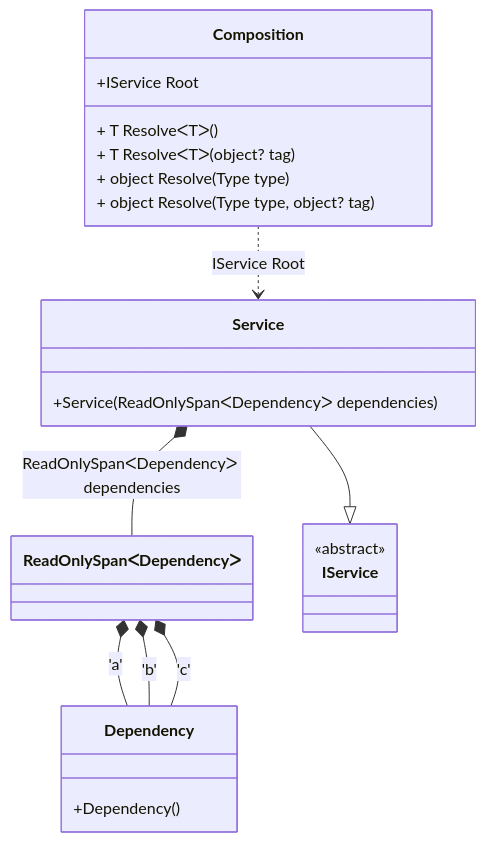
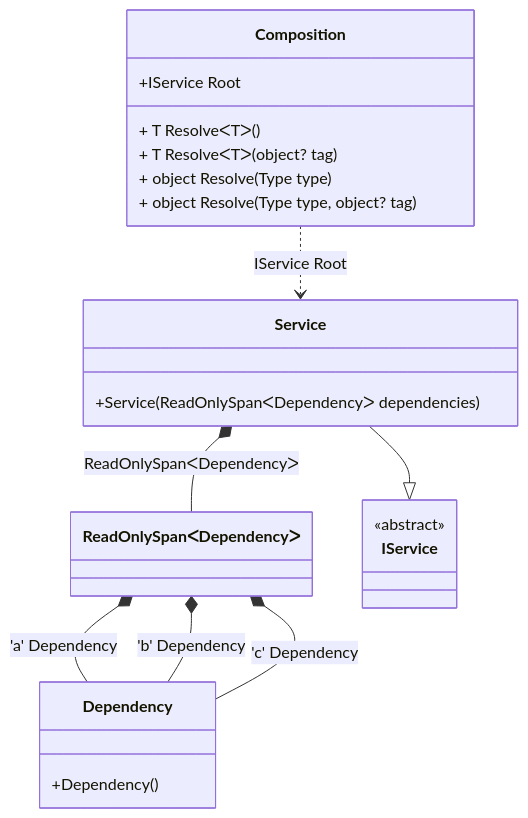
One commit to DevTeam/Pure.DI changed the diagram in readme/span-and-readonlyspan.md. Above: the diagram before and after it, drawn with Mermaid. The commit also changed other lines of this file and 84 other files, not shown here.

````diff
--- a/readme/span-and-readonlyspan.md
+++ b/readme/span-and-readonlyspan.md
@@ -39,26 +39,26 @@
 ```mermaid
 classDiagram
   class Composition {
     +IService Root
     + T ResolveᐸTᐳ()
     + T ResolveᐸTᐳ(object? tag)
     + object Resolve(Type type)
     + object Resolve(Type type, object? tag)
   }
   class ReadOnlySpanᐸDependencyᐳ
   Service --|> IService : 
   class Service {
     +Service(ReadOnlySpanᐸDependencyᐳ dependencies)
   }
   class Dependency {
     +Dependency()
   }
   class IService {
     <<abstract>>
   }
-  ReadOnlySpanᐸDependencyᐳ *--  Dependency : 'a'  
-  ReadOnlySpanᐸDependencyᐳ *--  Dependency : 'b'  
-  ReadOnlySpanᐸDependencyᐳ *--  Dependency : 'c'  
-  Service *--  ReadOnlySpanᐸDependencyᐳ : ReadOnlySpanᐸDependencyᐳ dependencies
+  ReadOnlySpanᐸDependencyᐳ *--  Dependency : 'a'  Dependency
+  ReadOnlySpanᐸDependencyᐳ *--  Dependency : 'b'  Dependency
+  ReadOnlySpanᐸDependencyᐳ *--  Dependency : 'c'  Dependency
+  Service *--  ReadOnlySpanᐸDependencyᐳ : ReadOnlySpanᐸDependencyᐳ
   Composition ..> Service : IService Root
 ```
````
